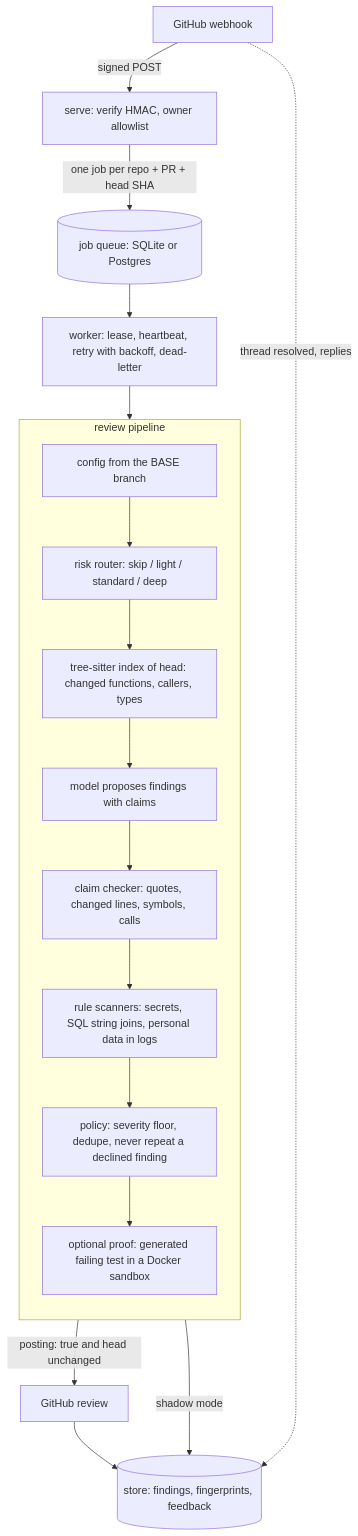
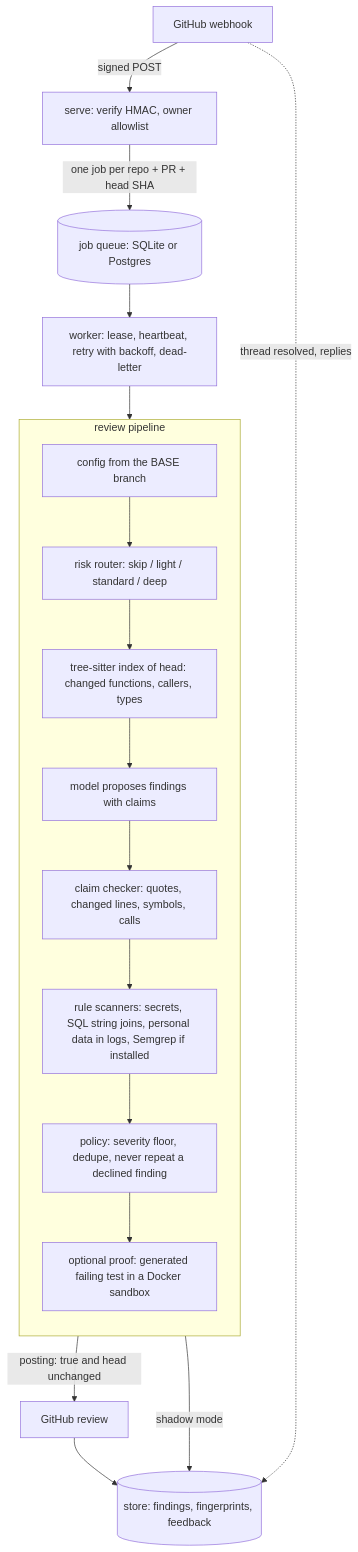
Before and after one commit to shubhamattri/reviewhound: the diagram in README.md, drawn with Mermaid. The commit also changed other lines of this file and 1 other file, not shown here.

````diff
--- a/README.md
+++ b/README.md
@@ -71,23 +71,23 @@
 ```mermaid
 flowchart TD
     GH[GitHub webhook] -->|signed POST| S[serve: verify HMAC, owner allowlist]
     S -->|one job per repo + PR + head SHA| Q[(job queue: SQLite or Postgres)]
     Q --> W[worker: lease, heartbeat, retry with backoff, dead-letter]
     W --> P
 
     subgraph P[review pipeline]
         direction TB
         C[config from the BASE branch] --> R[risk router: skip / light / standard / deep]
         R --> I[tree-sitter index of head: changed functions, callers, types]
         I --> M[model proposes findings with claims]
         M --> K[claim checker: quotes, changed lines, symbols, calls]
-        K --> SC[rule scanners: secrets, SQL string joins, personal data in logs]
+        K --> SC[rule scanners: secrets, SQL string joins, personal data in logs, Semgrep if installed]
         SC --> PO[policy: severity floor, dedupe, never repeat a declined finding]
         PO --> PR[optional proof: generated failing test in a Docker sandbox]
     end
 
     P -->|posting: true and head unchanged| OUT[GitHub review]
     P -->|shadow mode| DB[(store: findings, fingerprints, feedback)]
     OUT --> DB
     GH -.->|thread resolved, replies| DB
 ```
````
